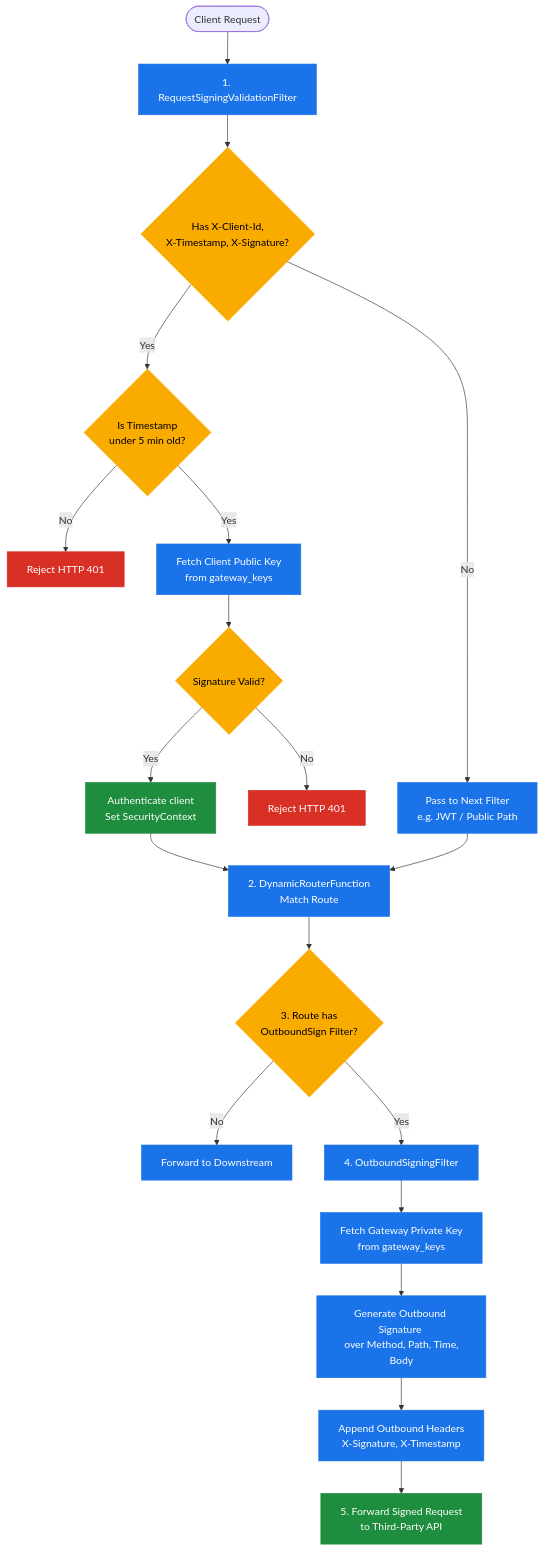
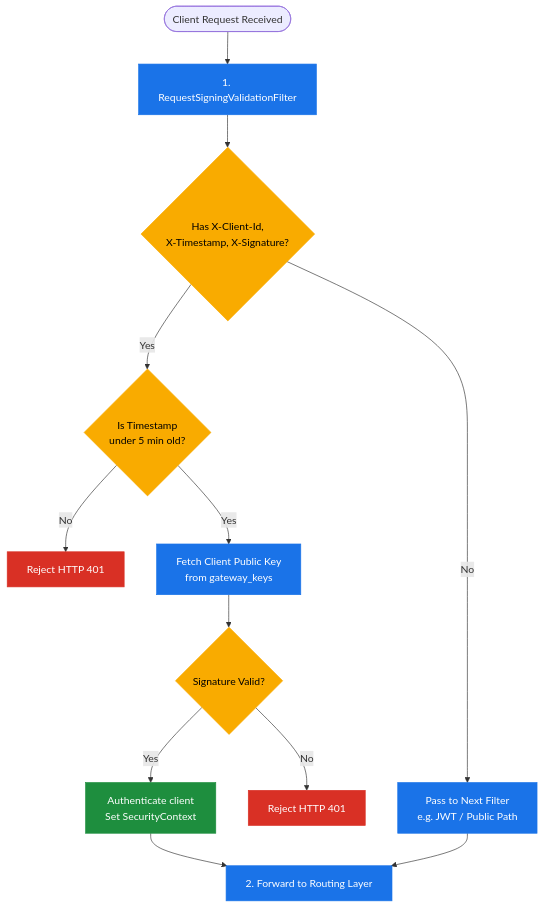
Before and after one commit to NTD98/gateway: the first of 2 diagrams in README.md, drawn with Mermaid. The commit also changed other lines of this file, not shown here.

Commit message:
Split flowchart into separate Inbound and Outbound diagrams in README.md

````diff
--- a/README.md
+++ b/README.md
@@ -11,36 +14,22 @@
 ```mermaid
 graph TD
     classDef process fill:#1a73e8,stroke:#1a73e8,color:#fff;
     classDef decision fill:#f9ab00,stroke:#f9ab00,color:#000;
     classDef success fill:#1e8e3e,stroke:#1e8e3e,color:#fff;
     classDef failure fill:#d93025,stroke:#d93025,color:#fff;
 
-    %% Inbound Flow
-    Start([Client Request]) --> InboundFilter[1. RequestSigningValidationFilter]:::process
+    StartInbound([Client Request Received]) --> InboundFilter[1. RequestSigningValidationFilter]:::process
     InboundFilter --> InboundHeaders{Has X-Client-Id, <br> X-Timestamp, X-Signature?}:::decision
     
     InboundHeaders -- No --> PassInbound[Pass to Next Filter <br> e.g. JWT / Public Path]:::process
     InboundHeaders -- Yes --> VerifyTimestamp{Is Timestamp <br> under 5 min old?}:::decision
     
     VerifyTimestamp -- No --> RejectReplay[Reject HTTP 401]:::failure
     VerifyTimestamp -- Yes --> FetchPublicKey[Fetch Client Public Key <br> from gateway_keys]:::process
     
     FetchPublicKey --> VerifyInbound{Signature Valid?}:::decision
     VerifyInbound -- No --> RejectSignature[Reject HTTP 401]:::failure
     VerifyInbound -- Yes --> Authenticate[Authenticate client <br> Set SecurityContext]:::success
-    
-    %% Routing
-    Authenticate --> RouteTree[2. DynamicRouterFunction <br> Match Route]:::process
+    Authenticate --> RouteTree[2. Forward to Routing Layer]:::process
     PassInbound --> RouteTree
-    
-    %% Outbound Flow
-    RouteTree --> OutboundCheck{3. Route has <br> OutboundSign Filter?}:::decision
-    
-    OutboundCheck -- No --> ForwardDirect[Forward to Downstream]:::process
-    OutboundCheck -- Yes --> OutboundSign[4. OutboundSigningFilter]:::process
-    
-    OutboundSign --> FetchPrivateKey[Fetch Gateway Private Key <br> from gateway_keys]:::process
-    FetchPrivateKey --> GenerateSig[Generate Outbound Signature <br> over Method, Path, Time, Body]:::process
-    GenerateSig --> AddHeaders[Append Outbound Headers <br> X-Signature, X-Timestamp]:::process
-    AddHeaders --> ForwardSigned[5. Forward Signed Request <br> to Third-Party API]:::success
 ```
````
